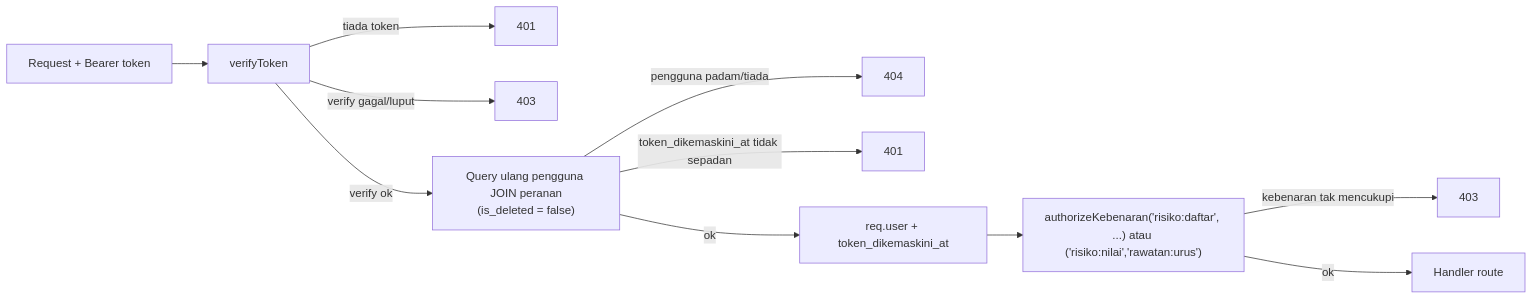
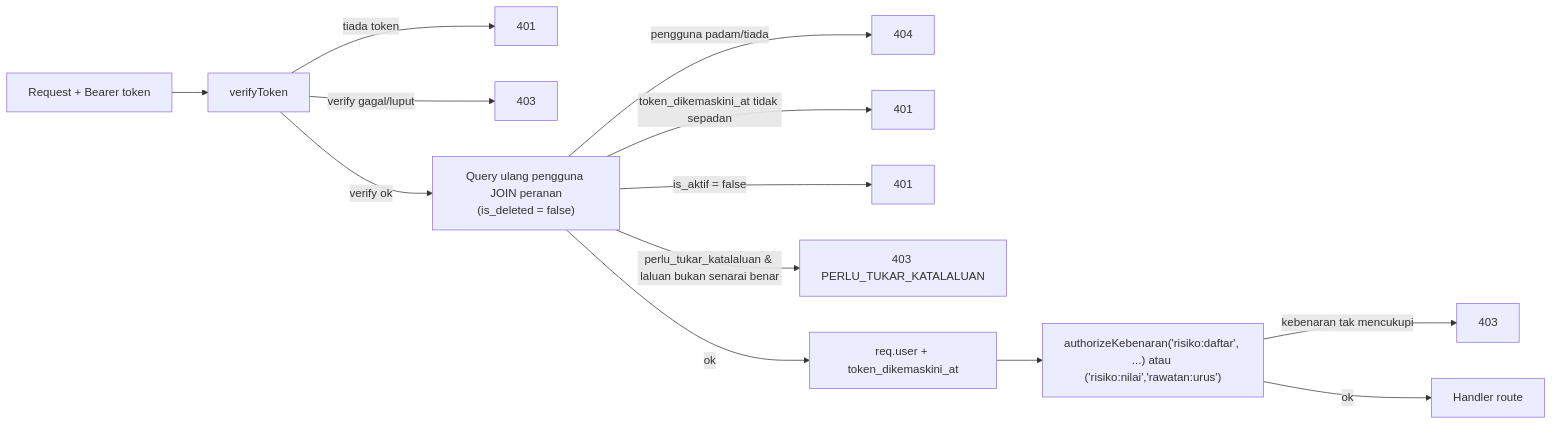
One commit to aimaniss/RiskManagementSystem changed the second of 2 diagrams in docs/pipeline/01-auth-rbac.md. Above: the diagram before and after it, drawn with Mermaid. The commit also changed other lines of this file and 26 other files, not shown here.

````diff
--- a/docs/pipeline/01-auth-rbac.md
+++ b/docs/pipeline/01-auth-rbac.md
@@ -72,13 +79,15 @@
 ```mermaid
 flowchart LR
   A["Request + Bearer token"] --> B["verifyToken"]
   B -->|tiada token| X["401"]
   B -->|verify gagal/luput| Y["403"]
   B -->|verify ok| C["Query ulang pengguna JOIN peranan<br/>(is_deleted = false)"]
   C -->|pengguna padam/tiada| Z["404"]
   C -->|token_dikemaskini_at tidak sepadan| Z2["401"]
+  C -->|is_aktif = false| Z3["401"]
+  C -->|perlu_tukar_katalaluan & laluan bukan senarai benar| Z4["403 PERLU_TUKAR_KATALALUAN"]
   C -->|ok| D["req.user + token_dikemaskini_at"]
   D --> E["authorizeKebenaran('risiko:daftar', ...) atau ('risiko:nilai','rawatan:urus')"]
   E -->|kebenaran tak mencukupi| W["403"]
   E -->|ok| F["Handler route"]
 ```
````
